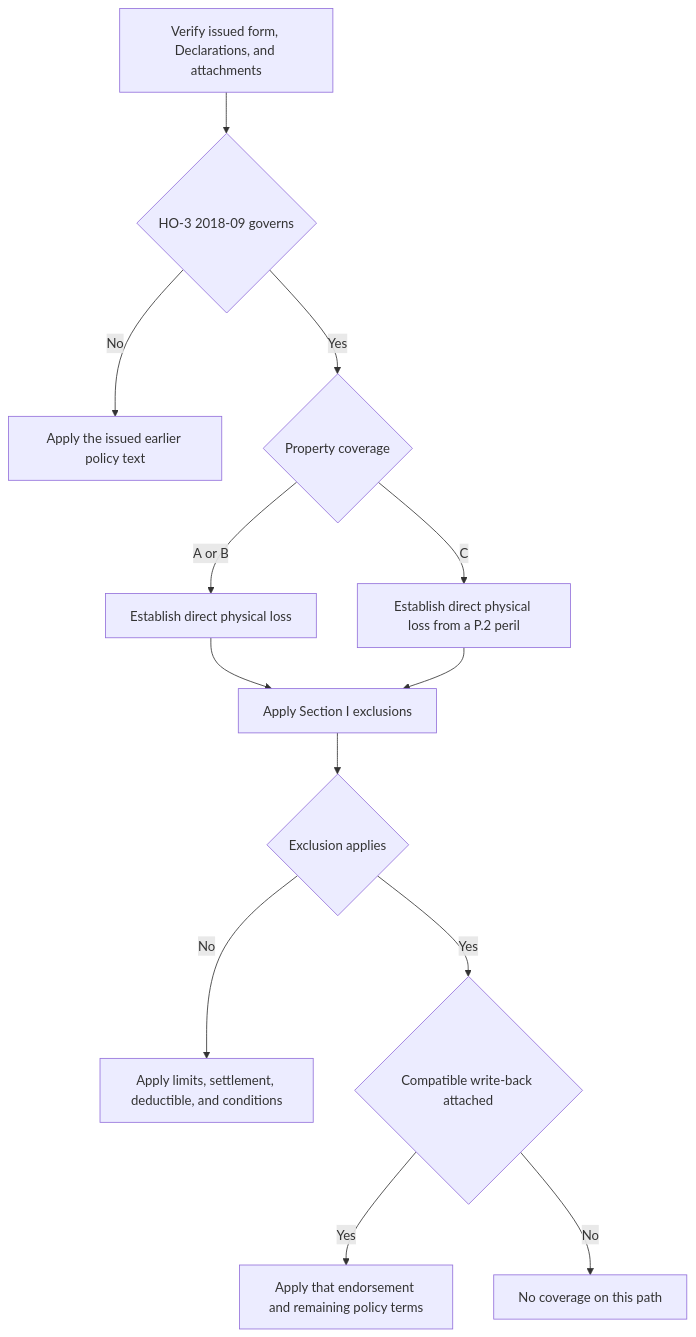
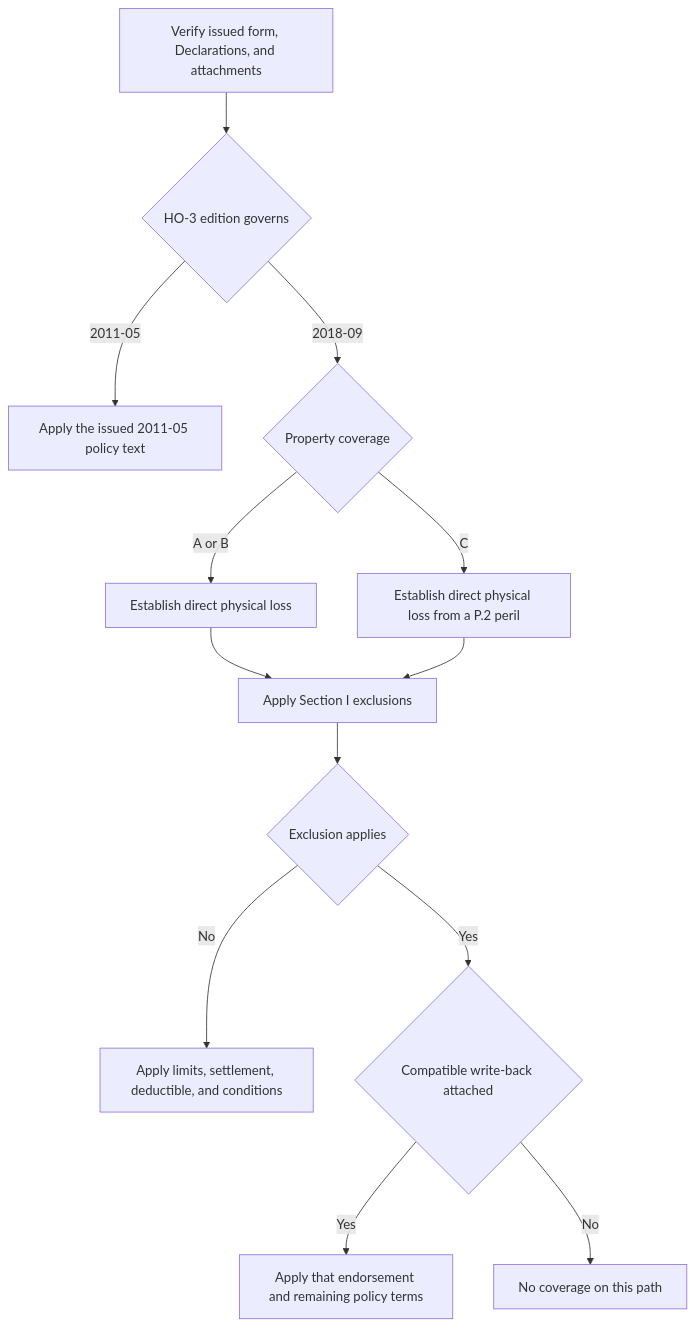
The diagram in openwiki/coverage/property/perils-and-general-exclusions.md (eugeneliu-86/openwiki-insurance-corpus), drawn with Mermaid before and after one commit. The commit also changed other lines of this file and 51 other files, not shown here.

````diff
--- a/openwiki/coverage/property/perils-and-general-exclusions.md
+++ b/openwiki/coverage/property/perils-and-general-exclusions.md
@@ -42,15 +42,15 @@
 ```mermaid
 flowchart TD
-    Record["Verify issued form, Declarations, and attachments"] --> Edition{"HO-3 2018-09 governs"}
-    Edition -- No --> Earlier["Apply the issued earlier policy text"]
-    Edition -- Yes --> Coverage{"Property coverage"}
+    Record["Verify issued form, Declarations, and attachments"] --> Edition{"HO-3 edition governs"}
+    Edition -- "2011-05" --> Older["Apply the issued 2011-05 policy text"]
+    Edition -- "2018-09" --> Coverage{"Property coverage"}
     Coverage -- "A or B" --> Physical["Establish direct physical loss"]
     Coverage -- "C" --> Named["Establish direct physical loss from a P.2 peril"]
     Physical --> Exclusions["Apply Section I exclusions"]
     Named --> Exclusions
     Exclusions --> Barred{"Exclusion applies"}
-    Barred -- No --> Terms["Apply limits, settlement, deductible, and conditions"]
-    Barred -- Yes --> Attached{"Compatible write-back attached"}
-    Attached -- Yes --> Endorsement["Apply that endorsement and remaining policy terms"]
-    Attached -- No --> NoPath["No coverage on this path"]
+    Barred -- "No" --> Terms["Apply limits, settlement, deductible, and conditions"]
+    Barred -- "Yes" --> WriteBack{"Compatible write-back attached"}
+    WriteBack -- "Yes" --> Endorsement["Apply that endorsement and remaining policy terms"]
+    WriteBack -- "No" --> NoPath["No coverage on this path"]
 ```
````
